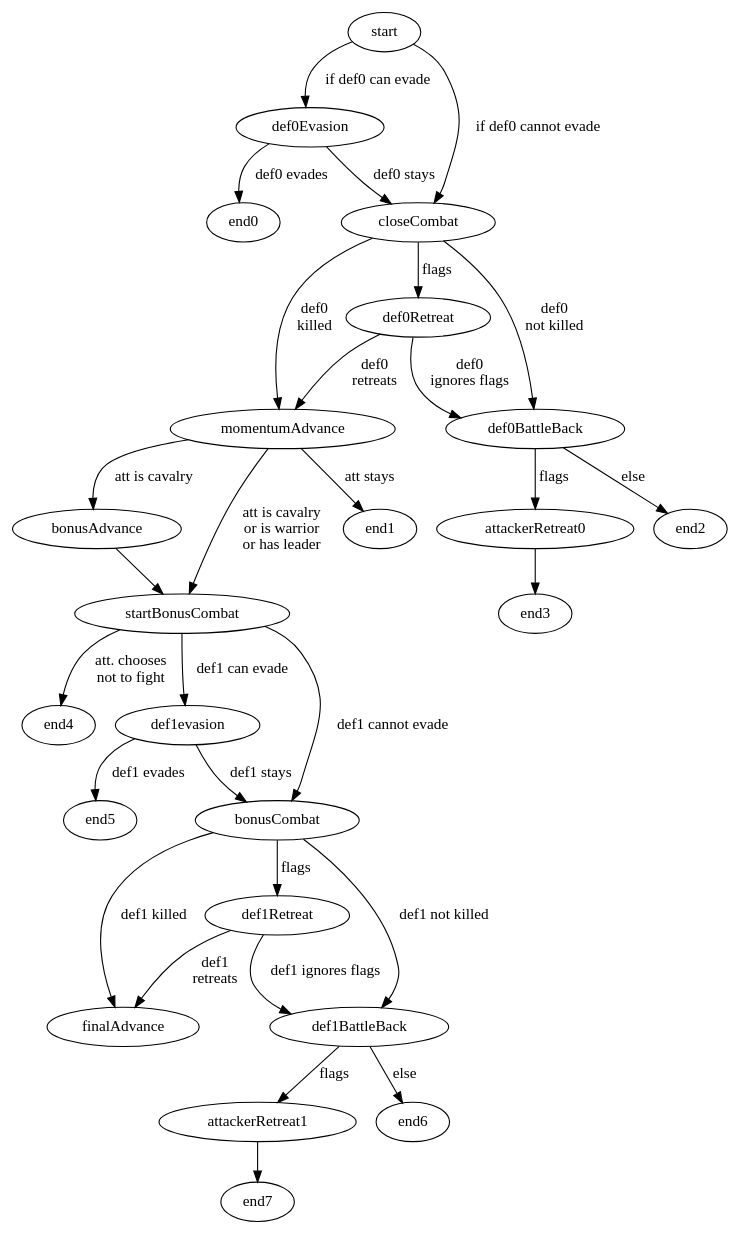
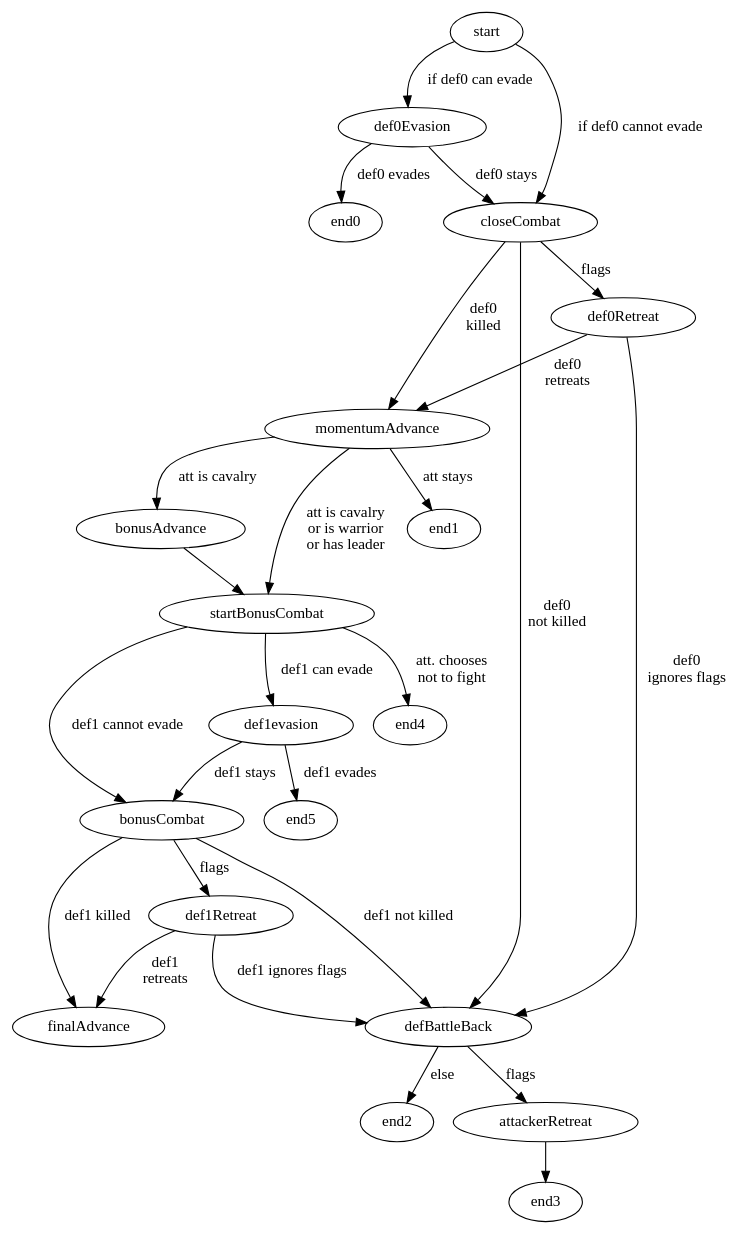
One commit to xpmatteo/auto-cca changed the diagram in doc/close-combat.dot. Above: the diagram before and after it, drawn with Graphviz. The commit also changed 1 other file, not shown here.

Commit message:
Improve cc state diagram -- battle back is same for both 1st attack and bonus attack

```diff
--- a/doc/close-combat.dot
+++ b/doc/close-combat.dot
@@ -1,43 +1,39 @@
 digraph CloseCombat {
   start -> def0Evasion [label="if def0 can evade"]
   start -> closeCombat [label="if def0 cannot evade"]
 
   closeCombat -> momentumAdvance  [label="def0\nkilled"]
   closeCombat -> def0Retreat [label="flags"]
-  closeCombat -> def0BattleBack [label="def0\nnot killed"]
+  closeCombat -> defBattleBack [label="def0\nnot killed"]
   
   def0Evasion -> end0 [label="def0 evades"]
   def0Evasion -> closeCombat [label="def0 stays"]
     
   momentumAdvance -> startBonusCombat [label="att is cavalry\nor is warrior\nor has leader"]
   momentumAdvance -> end1 [label="att stays"]
   momentumAdvance -> bonusAdvance [label="att is cavalry"]
+
   bonusAdvance -> startBonusCombat
   
+  def0Retreat -> defBattleBack [label="def0\nignores flags"]
   def0Retreat -> momentumAdvance [label="def0\nretreats"]
-  def0Retreat -> def0BattleBack [label="def0\nignores flags"]
 
-  def0BattleBack -> end2 [label="else"]
-  def0BattleBack -> attackerRetreat0 [label="flags"]
+  defBattleBack -> end2 [label="else"]
+  defBattleBack -> attackerRetreat [label="flags"]
   
-  attackerRetreat0 -> end3
+  attackerRetreat -> end3
 
   startBonusCombat -> end4 [label="att. chooses\nnot to fight"] 
   startBonusCombat -> def1evasion [label="def1 can evade"]
   startBonusCombat -> bonusCombat [label="def1 cannot evade"]
 
   bonusCombat -> finalAdvance  [label="def1 killed"]
   bonusCombat -> def1Retreat [label="flags"]
-  bonusCombat -> def1BattleBack [label="def1 not killed"]
+  bonusCombat -> defBattleBack [label="def1 not killed"]
   
   def1evasion -> end5 [label="def1 evades"]
   def1evasion -> bonusCombat  [label="def1 stays"]
 
   def1Retreat -> finalAdvance [label="def1\nretreats"]
-  def1Retreat -> def1BattleBack [label="def1 ignores flags"]
-
-  def1BattleBack -> attackerRetreat1 [label="flags"]
-  def1BattleBack -> end6 [label="else"]
-  
-  attackerRetreat1 -> end7
+  def1Retreat -> defBattleBack [label="def1 ignores flags"]
 }
```
